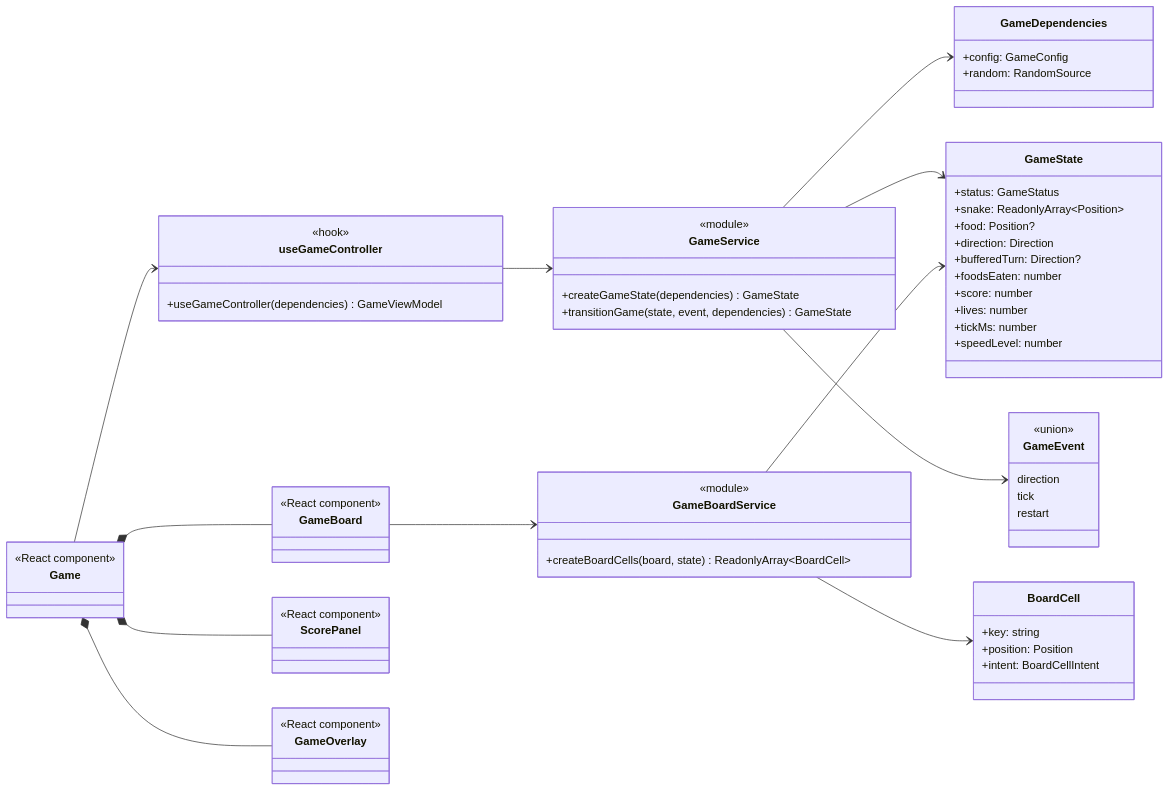
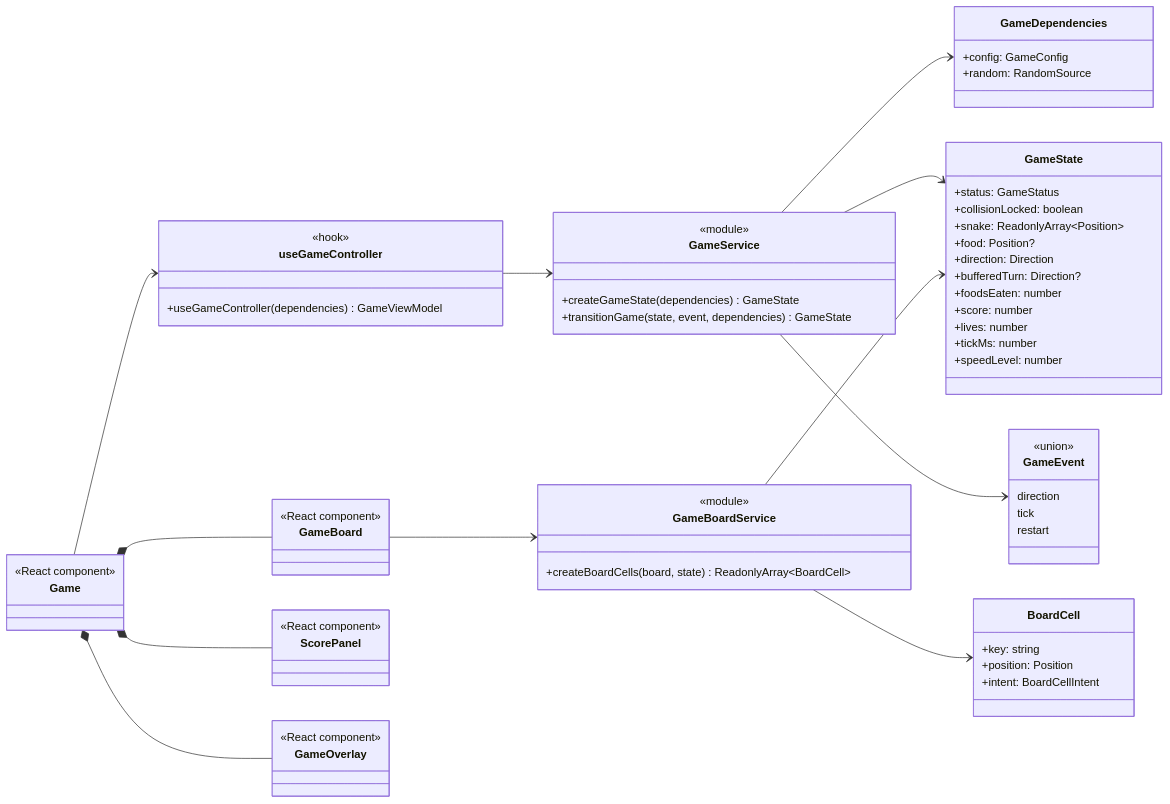
Before and after one commit to FilipMessa/snake-game: the second of 3 diagrams in docs/architecture.md, drawn with Mermaid. The commit also changed other lines of this file and 20 other files, not shown here.

````diff
--- a/docs/architecture.md
+++ b/docs/architecture.md
@@ -67,79 +67,80 @@
 ```mermaid
 classDiagram
   direction LR
 
   class GameService {
     <<module>>
     +createGameState(dependencies) GameState
     +transitionGame(state, event, dependencies) GameState
   }
 
   class GameDependencies {
     +config: GameConfig
     +random: RandomSource
   }
 
   class GameState {
     +status: GameStatus
+    +collisionLocked: boolean
     +snake: ReadonlyArray~Position~
     +food: Position?
     +direction: Direction
     +bufferedTurn: Direction?
     +foodsEaten: number
     +score: number
     +lives: number
     +tickMs: number
     +speedLevel: number
   }
 
   class GameEvent {
     <<union>>
     direction
     tick
     restart
   }
 
   class useGameController {
     <<hook>>
     +useGameController(dependencies) GameViewModel
   }
 
   class Game {
     <<React component>>
   }
 
   class GameBoard {
     <<React component>>
   }
 
   class GameBoardService {
     <<module>>
     +createBoardCells(board, state) ReadonlyArray~BoardCell~
   }
 
   class BoardCell {
     +key: string
     +position: Position
     +intent: BoardCellIntent
   }
 
   class ScorePanel {
     <<React component>>
   }
 
   class GameOverlay {
     <<React component>>
   }
 
   GameService --> GameDependencies
   GameService --> GameState
   GameService --> GameEvent
   useGameController --> GameService
   Game --> useGameController
   Game *-- GameBoard
   GameBoard --> GameBoardService
   GameBoardService --> GameState
   GameBoardService --> BoardCell
   Game *-- ScorePanel
   Game *-- GameOverlay
 ```
````
